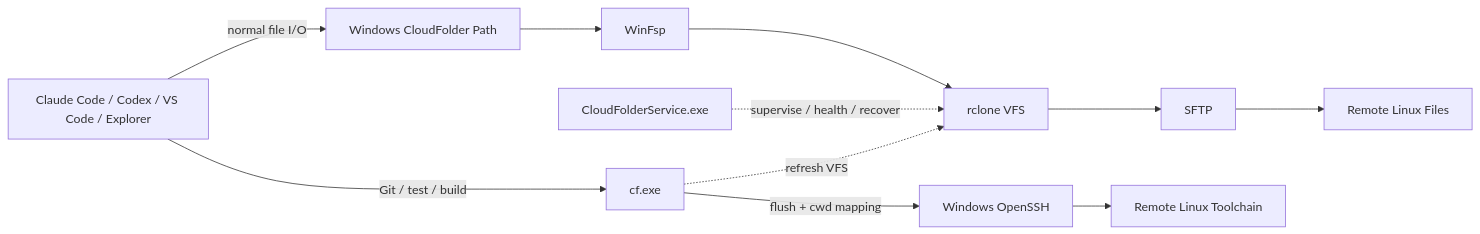
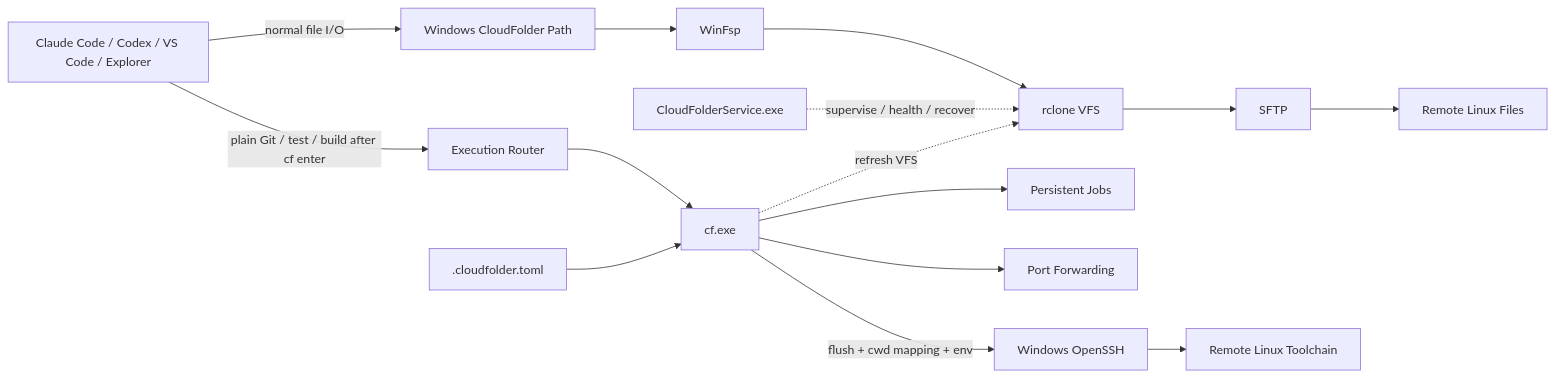
One commit to EurekaZang/CloudFolder changed the diagram in README.en.md. Above: the diagram before and after it, drawn with Mermaid. The commit also changed other lines of this file and 2 other files, not shown here.

````diff
--- a/README.en.md
+++ b/README.en.md
@@ -566,20 +694,27 @@
 ```mermaid
 flowchart LR
     A[Claude Code / Codex / VS Code / Explorer]
     P[Windows CloudFolder Path]
     W[WinFsp]
     R[rclone VFS]
     S[SFTP]
     L[Remote Linux Files]
     C[cf.exe]
+    E[Execution Router]
+    ENV[.cloudfolder.toml]
+    J[Persistent Jobs]
+    F[Port Forwarding]
     SSH[Windows OpenSSH]
     T[Remote Linux Toolchain]
     SV[CloudFolderService.exe]
 
     A -->|normal file I/O| P
     P --> W --> R --> S --> L
-    A -->|Git / test / build| C
-    C -->|flush + cwd mapping| SSH --> T
+    A -->|plain Git / test / build after cf enter| E --> C
+    ENV --> C
+    C -->|flush + cwd mapping + env| SSH --> T
+    C --> J
+    C --> F
     SV -. supervise / health / recover .-> R
     C -. refresh VFS .-> R
 ```
````
